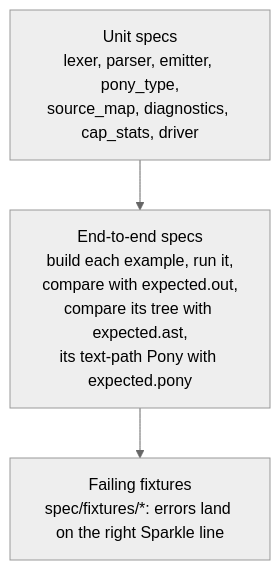
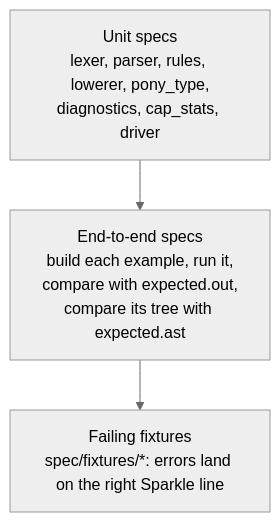
The first of 2 diagrams in DEVELOPMENT.md (nogginly/sparkle), drawn with Mermaid (neutral theme) before and after one commit. The commit also changed other lines of this file and 23 other files, not shown here.

First line of the commit message:
Retire the emitter and the text path

````diff
--- a/DEVELOPMENT.md
+++ b/DEVELOPMENT.md
@@ -107,5 +106,5 @@
 ```mermaid
 flowchart TD
-    U["Unit specs<br/>lexer, parser, emitter, pony_type,<br/>source_map, diagnostics, cap_stats, driver"] --> E["End-to-end specs<br/>build each example, run it,<br/>compare with expected.out,<br/>compare its tree with expected.ast,<br/>its text-path Pony with expected.pony"]
+    U["Unit specs<br/>lexer, parser, rules, lowerer, pony_type,<br/>diagnostics, cap_stats, driver"] --> E["End-to-end specs<br/>build each example, run it,<br/>compare with expected.out,<br/>compare its tree with expected.ast"]
     E --> F["Failing fixtures<br/>spec/fixtures/*: errors land on the right Sparkle line"]
 ```
````
